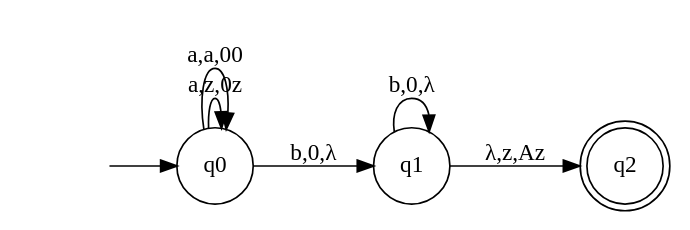
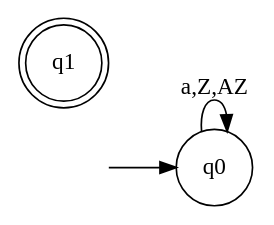
The diagram in pda_tmp.gv (ayeshowcode/PDAtoCFG), drawn with Graphviz before and after one commit. The commit also changed 2 other files, not shown here.

```diff
--- a/pda_tmp.gv
+++ b/pda_tmp.gv
@@ -1,16 +1,12 @@
 digraph pda_machine {
 	rankdir=LR size="8,5"
 	node [shape=plaintext]
 	" "
 	node [shape=circle]
 	q0
 	" " -> q0 [label=" "]
 	node [shape=doublecircle]
-	q2
+	q1
 	node [shape=circle]
-	q0 -> q0 [label="a,z,0z"]
-	q0 -> q0 [label="a,a,00"]
-	q0 -> q1 [label="b,0,λ"]
-	q1 -> q1 [label="b,0,λ"]
-	q1 -> q2 [label="λ,z,Az"]
+	q0 -> q0 [label="a,Z,AZ"]
 }
```
